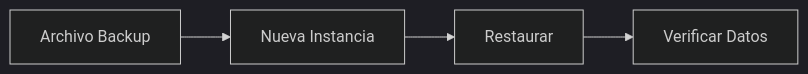
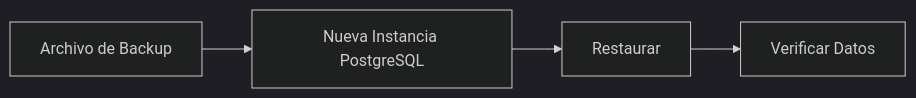
One commit to chirijose79-ui/Chiri changed diagram 29 of 30 in docs/050_BaseDatos.md. Above: the diagram before and after it, drawn with Mermaid (dark theme). The commit also changed other lines of this file, not shown here.

Commit message:
docs(database): finalize database architecture and rules

````diff
--- a/docs/050_BaseDatos.md
+++ b/docs/050_BaseDatos.md
@@ -3060,16 +3300,15 @@
-```mermaid id="4q8m2x"
+```mermaid id="v8m4qx"
 flowchart LR
 
-    Backup["Archivo Backup"]
+    Backup["Archivo de Backup"]
 
-    PostgreSQL["Nueva Instancia"]
+    PostgreSQL["Nueva Instancia PostgreSQL"]
 
     Restore["Restaurar"]
 
     Verify["Verificar Datos"]
 
-
     Backup --> PostgreSQL
     PostgreSQL --> Restore
     Restore --> Verify
 ```
````
